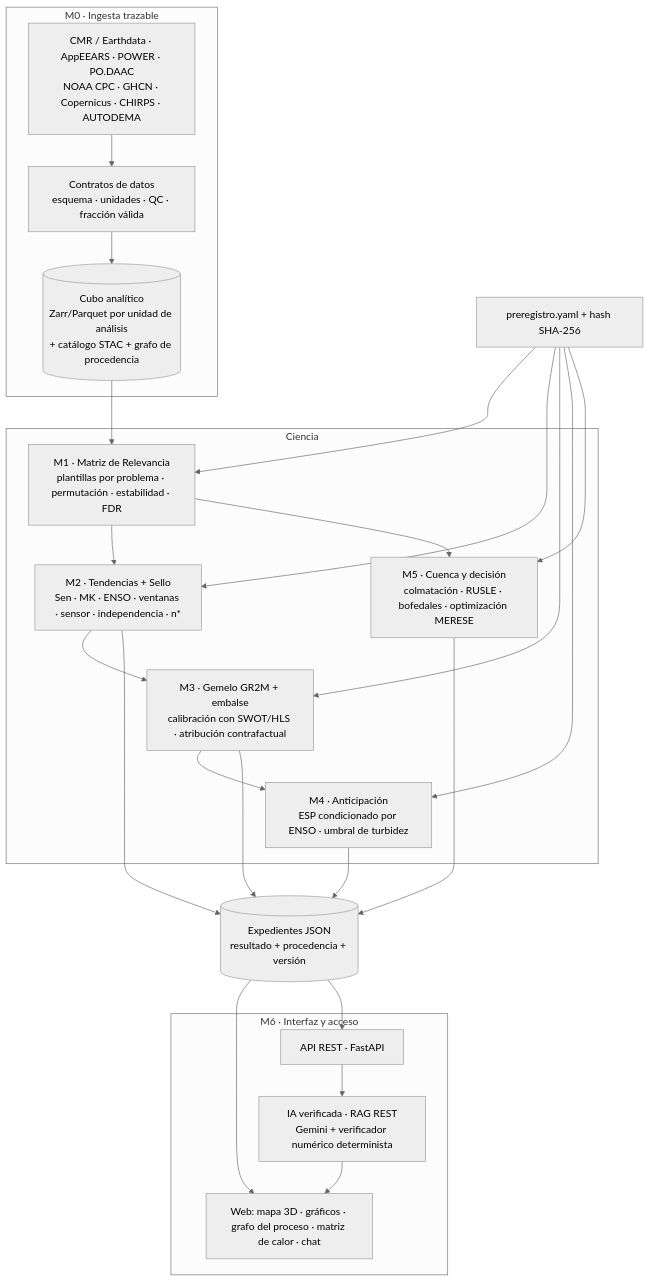
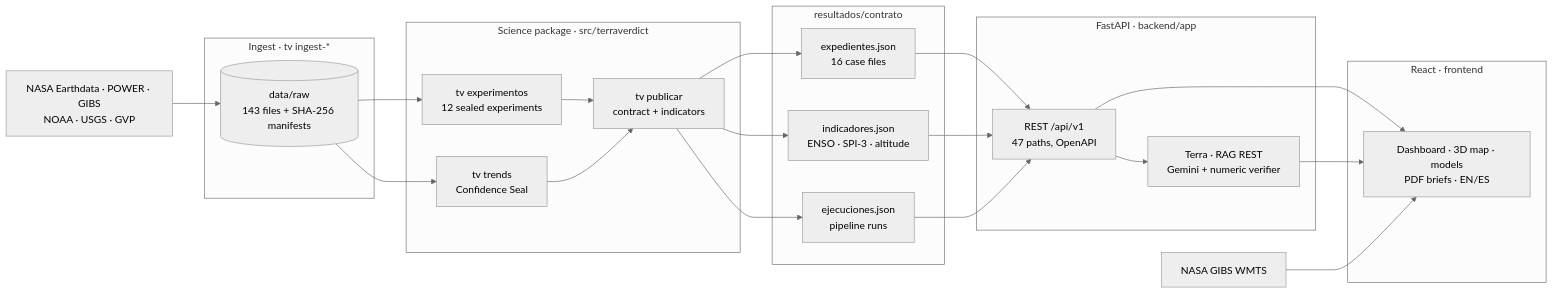
One commit to OwerLopez/terraverdict changed the diagram in readme.md. Above: the diagram before and after it, drawn with Mermaid (neutral theme). The commit also changed other lines of this file and 12 other files, not shown here.

````diff
--- a/readme.md
+++ b/readme.md
@@ -150,26 +121,26 @@
 ```mermaid
-flowchart TB
-    subgraph M0["M0 · Ingesta trazable"]
-        SRC[CMR / Earthdata · AppEEARS · POWER · PO.DAAC<br/>NOAA CPC · GHCN · Copernicus · CHIRPS · AUTODEMA]
-        SRC --> CT[Contratos de datos<br/>esquema · unidades · QC · fracción válida]
-        CT --> CUBE[(Cubo analítico<br/>Zarr/Parquet por unidad de análisis<br/>+ catálogo STAC + grafo de procedencia)]
+flowchart LR
+    subgraph Ingest["Ingest · tv ingest-*"]
+        RAW[(data/raw<br/>143 files + SHA-256 manifests)]
     end
-    subgraph Ciencia
-        M1[M1 · Matriz de Relevancia<br/>plantillas por problema · permutación · estabilidad · FDR]
-        M2[M2 · Tendencias + Sello<br/>Sen · MK · ENSO · ventanas · sensor · independencia · n*]
-        M3[M3 · Gemelo GR2M + embalse<br/>calibración con SWOT/HLS · atribución contrafactual]
-        M4[M4 · Anticipación<br/>ESP condicionado por ENSO · umbral de turbidez]
-        M5[M5 · Cuenca y decisión<br/>colmatación · RUSLE · bofedales · optimización MERESE]
+    subgraph Science["Science package · src/terraverdict"]
+        EXP[tv experimentos<br/>12 sealed experiments]
+        TR[tv trends<br/>Confidence Seal]
+        PUB[tv publicar<br/>contract + indicators]
     end
-    PRE[preregistro.yaml + hash SHA-256] --> M1 & M2 & M3 & M4 & M5
-    CUBE --> M1 --> M2 --> M3 --> M4
-    M1 --> M5
-    M2 & M3 & M4 & M5 --> EXP[(Expedientes JSON<br/>resultado + procedencia + versión)]
-    subgraph M6["M6 · Interfaz y acceso"]
-        UI[Web: mapa 3D · gráficos · grafo del proceso · matriz de calor · chat]
-        API[API REST · FastAPI]
-        IA[IA verificada · RAG REST<br/>Gemini + verificador numérico determinista]
+    subgraph Contract["resultados/contrato"]
+        C1[expedientes.json<br/>16 case files]
+        C2[indicadores.json<br/>ENSO · SPI-3 · altitude]
+        C3[ejecuciones.json<br/>pipeline runs]
     end
-    EXP --> UI & API
-    API --> IA --> UI
+    subgraph API["FastAPI · backend/app"]
+        R[REST /api/v1<br/>47 paths, OpenAPI]
+        AI[Terra · RAG REST<br/>Gemini + numeric verifier]
+    end
+    subgraph Web["React · frontend"]
+        UI[Dashboard · 3D map · models<br/>PDF briefs · EN/ES]
+    end
+    NASA[NASA Earthdata · POWER · GIBS<br/>NOAA · USGS · GVP] --> RAW --> EXP & TR --> PUB --> C1 & C2 & C3 --> R --> UI
+    R --> AI --> UI
+    GIBS[NASA GIBS WMTS] --> UI
 ```
````
